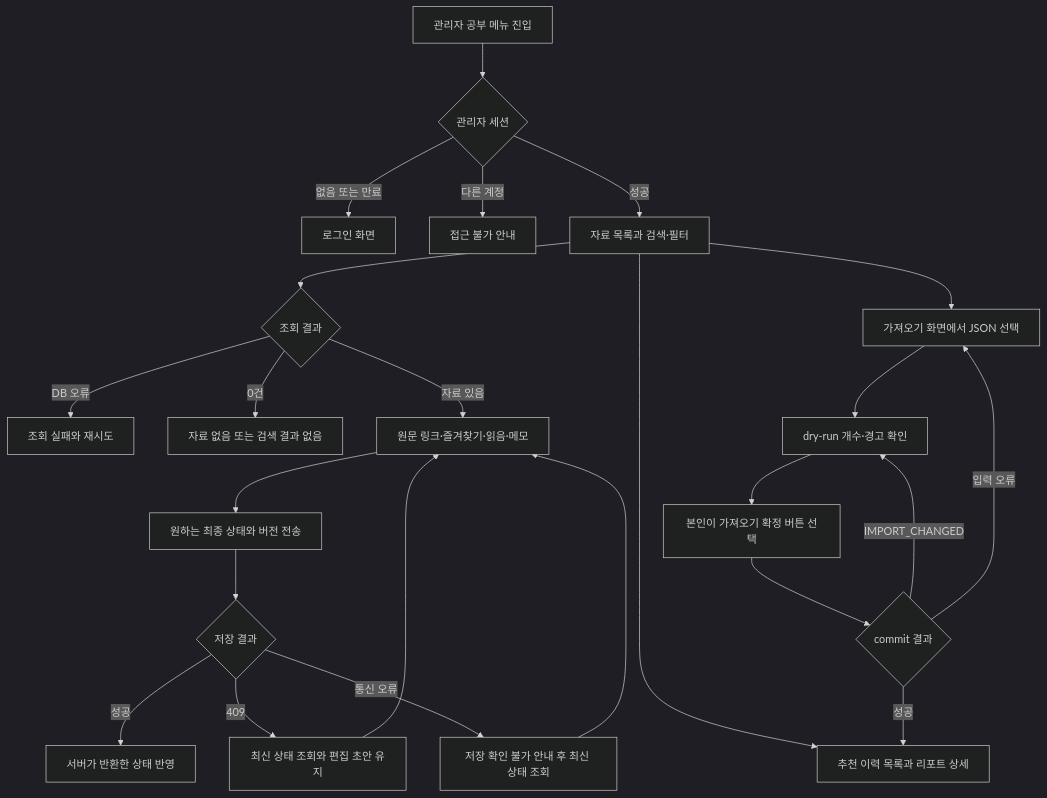
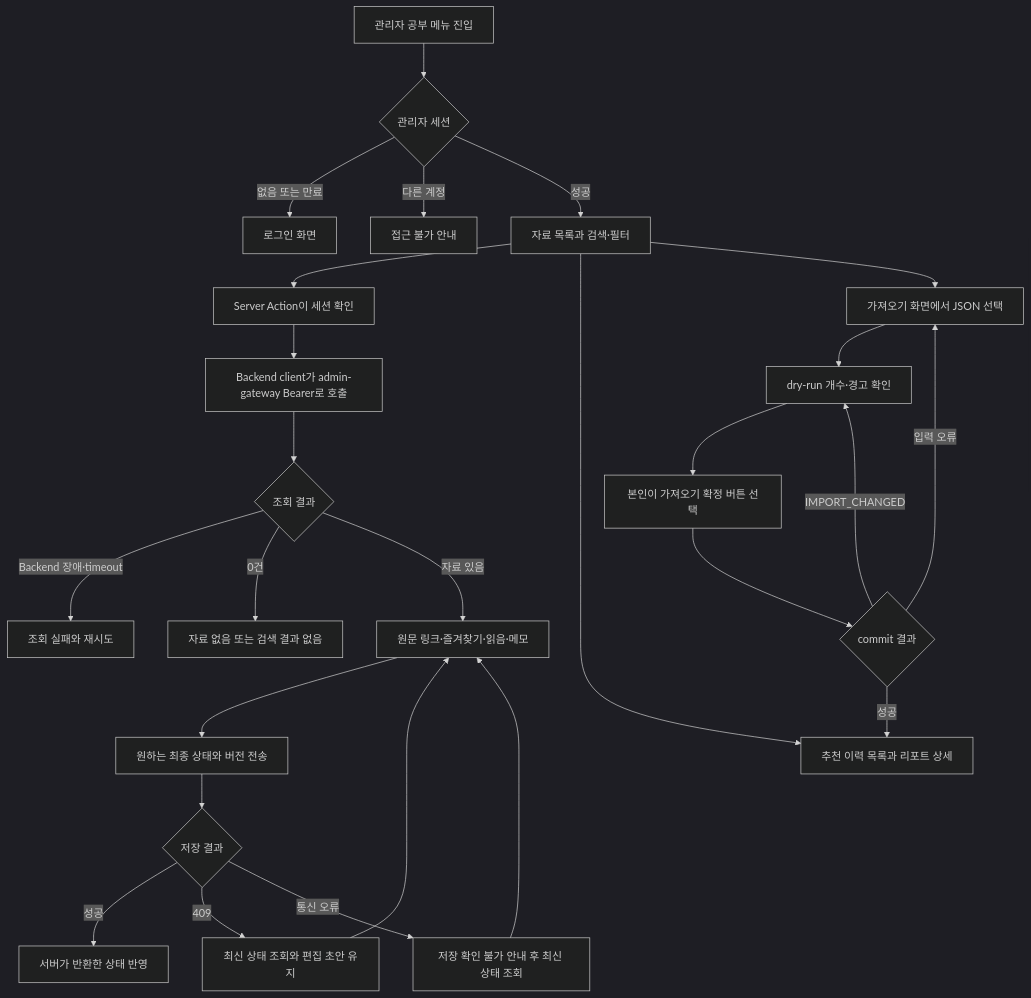
One commit to jon890/fos-blog changed the first of 2 diagrams in docs/flow.md. Above: the diagram before and after it, drawn with Mermaid (dark theme). The commit also changed other lines of this file and 8 other files, not shown here.

````diff
--- a/docs/flow.md
+++ b/docs/flow.md
@@ -10,26 +14,28 @@
 ```mermaid
 flowchart TD
     A[관리자 공부 메뉴 진입] --> B{관리자 세션}
     B -->|없음 또는 만료| C[로그인 화면]
     B -->|다른 계정| X[접근 불가 안내]
     B -->|성공| D[자료 목록과 검색·필터]
-    D --> E{조회 결과}
-    E -->|DB 오류| F[조회 실패와 재시도]
+    D --> S[Server Action이 세션 확인]
+    S --> T[Backend client가 admin-gateway Bearer로 호출]
+    T --> E{조회 결과}
+    E -->|Backend 장애·timeout| F[조회 실패와 재시도]
     E -->|0건| G[자료 없음 또는 검색 결과 없음]
     E -->|자료 있음| H[원문 링크·즐겨찾기·읽음·메모]
     H --> I[원하는 최종 상태와 버전 전송]
     I --> J{저장 결과}
     J -->|성공| K[서버가 반환한 상태 반영]
     J -->|409| L[최신 상태 조회와 편집 초안 유지]
     J -->|통신 오류| M[저장 확인 불가 안내 후 최신 상태 조회]
     L --> H
     M --> H
     D --> N[추천 이력 목록과 리포트 상세]
     D --> O[가져오기 화면에서 JSON 선택]
     O --> P[dry-run 개수·경고 확인]
     P --> Q[본인이 가져오기 확정 버튼 선택]
     Q --> R{commit 결과}
     R -->|성공| N
     R -->|IMPORT_CHANGED| P
     R -->|입력 오류| O
 ```
````
